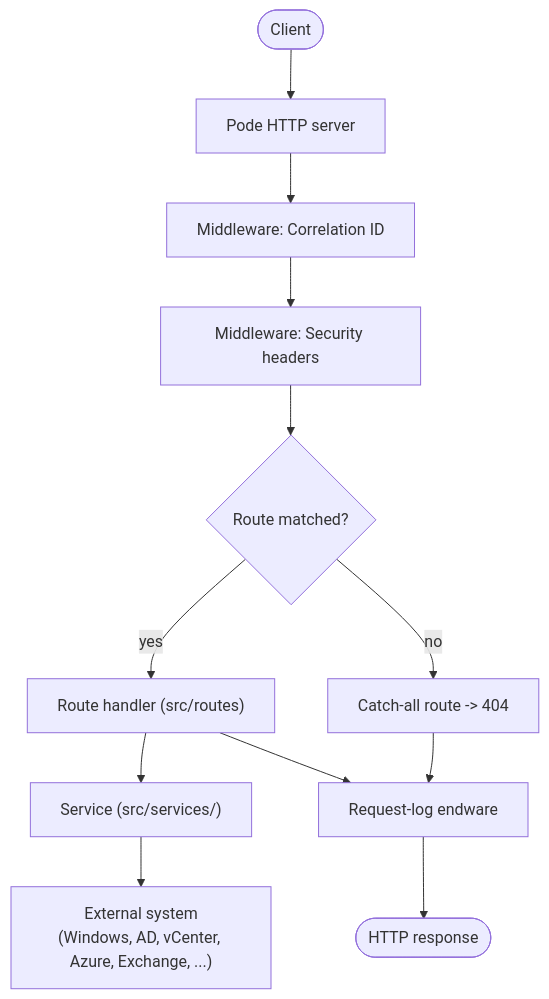
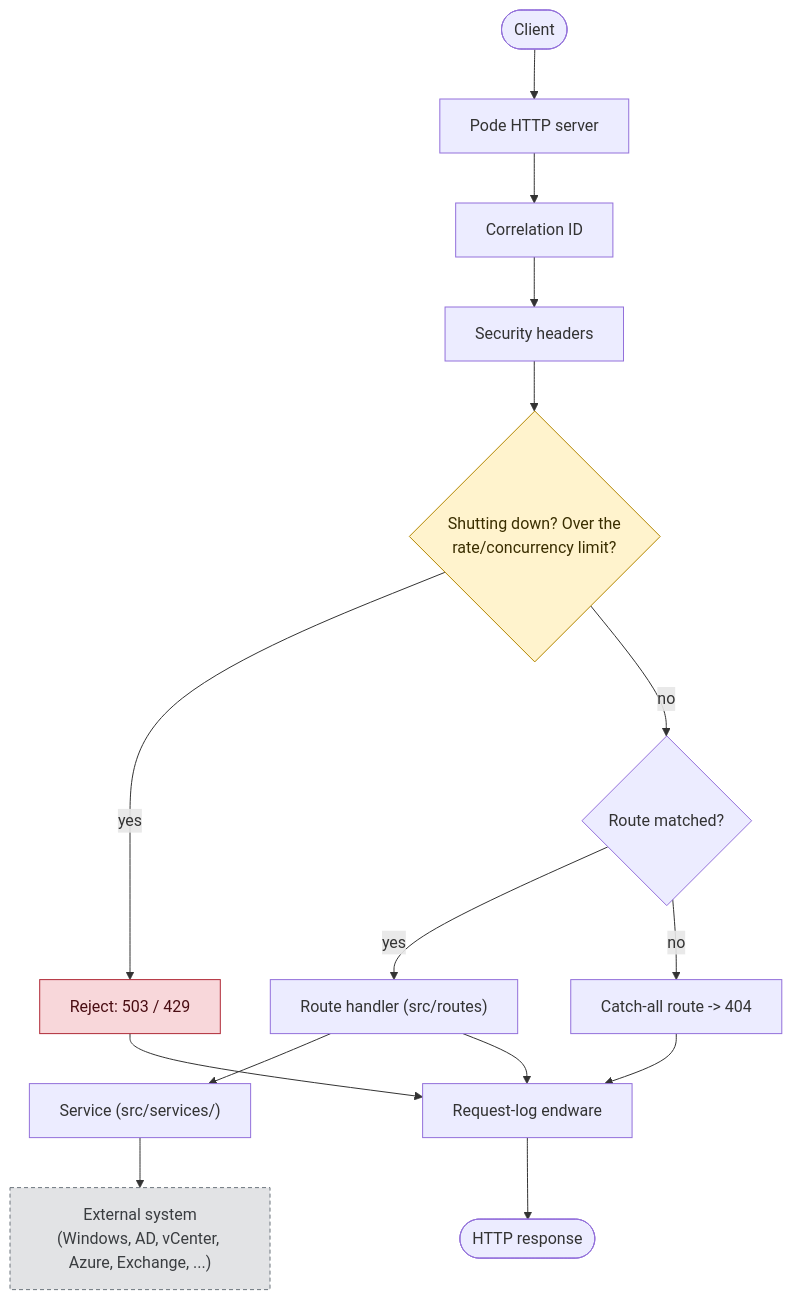
The diagram in docs/architecture.md (D4ri0Rookie/OpsBridge), drawn with Mermaid before and after one commit. The commit also changed other lines of this file and 26 other files, not shown here.

````diff
--- a/docs/architecture.md
+++ b/docs/architecture.md
@@ -9,15 +9,25 @@
 ```mermaid
 %%{init: {"flowchart": {"curve": "basis"}}}%%
 flowchart TB
     Client(["Client"]) --> Pode["Pode HTTP server"]
-    Pode --> Corr["Middleware: Correlation ID"]
-    Corr --> Sec["Middleware: Security headers"]
-    Sec --> Route{"Route matched?"}
+    Pode --> Corr["Correlation ID"]
+    Corr --> Sec["Security headers"]
+    Sec --> Gates{"Shutting down? Over the\nrate/concurrency limit?"}
+    Gates -->|yes| Reject["Reject: 503 / 429"]
+    Gates -->|no| Route{"Route matched?"}
     Route -->|yes| Handler["Route handler (src/routes)"]
     Route -->|no| NotFound["Catch-all route -> 404"]
     Handler --> Service["Service (src/services/<Area>)"]
     Service --> External["External system\n(Windows, AD, vCenter, Azure, Exchange, ...)"]
     Handler --> Log["Request-log endware"]
     NotFound --> Log
+    Reject --> Log
     Log --> Response(["HTTP response"])
+
+    classDef gate fill:#fff3cd,stroke:#b38600,color:#3a2e00
+    classDef reject fill:#f8d7da,stroke:#b02a37,color:#4a0d13
+    classDef external fill:#e2e3e5,stroke:#6c757d,color:#3a3d40,stroke-dasharray: 4 3
+    class Gates gate
+    class Reject reject
+    class External external
 ```
````
